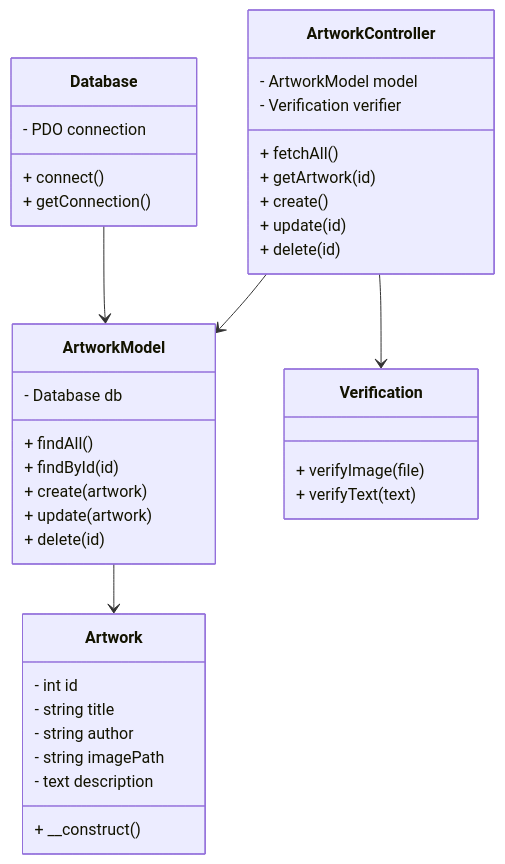
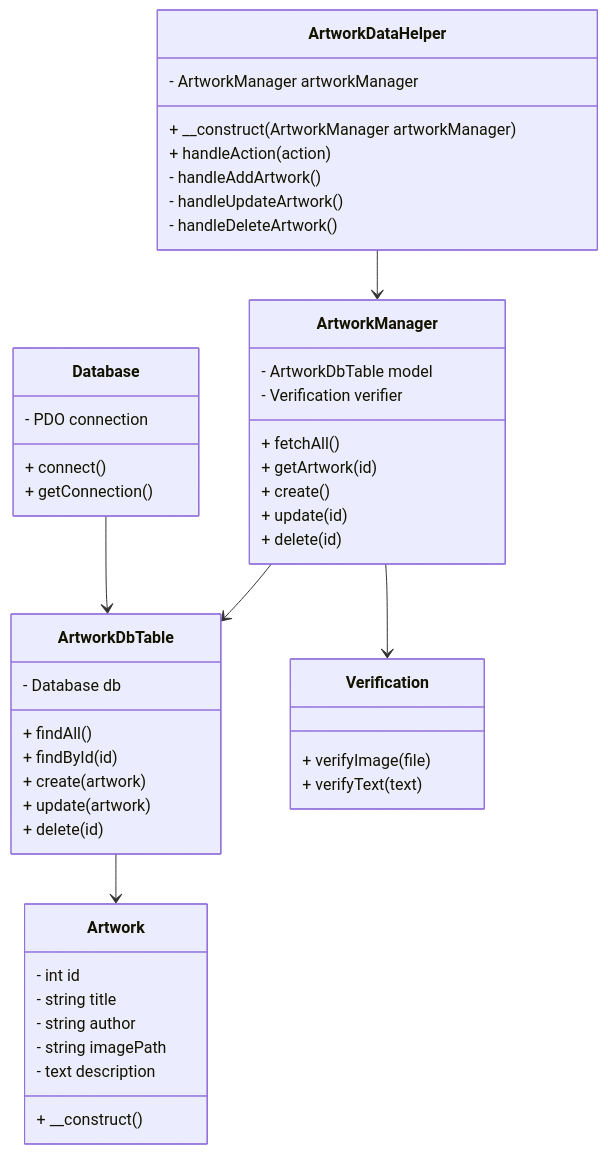
One commit to Squarenoize/The-Artbox changed the diagram in diagram.mmd. Above: the diagram before and after it, drawn with Mermaid.

Commit message:
mmd update

```diff
--- a/diagram.mmd
+++ b/diagram.mmd
@@ -1,45 +1,55 @@
 classDiagram
+
+class ArtworkDataHelper {
+  - ArtworkManager artworkManager
+  + __construct(ArtworkManager artworkManager)
+  + handleAction(action)
+  - handleAddArtwork()
+  - handleUpdateArtwork()
+  - handleDeleteArtwork()
+}
 
 class Database {
   - PDO connection
   + connect()
   + getConnection()
 }
 
 class Artwork {
   - int id
   - string title
   - string author
   - string imagePath
   - text description
   + __construct()
 }
 
-class ArtworkModel {
+class ArtworkDbTable {
   - Database db
   + findAll()
   + findById(id)
   + create(artwork)
   + update(artwork)
   + delete(id)
 }
 
-class ArtworkController {
-  - ArtworkModel model
+class ArtworkManager {
+  - ArtworkDbTable model
   - Verification verifier
   + fetchAll()
   + getArtwork(id)
   + create()
   + update(id)
   + delete(id)
 }
 
 class Verification {
   + verifyImage(file)
   + verifyText(text)
 }
 
-Database --> ArtworkModel
-ArtworkModel --> Artwork
-ArtworkController --> ArtworkModel
-ArtworkController --> Verification
+Database --> ArtworkDbTable
+ArtworkDbTable --> Artwork
+ArtworkManager --> ArtworkDbTable
+ArtworkManager --> Verification
+ArtworkDataHelper --> ArtworkManager
```
